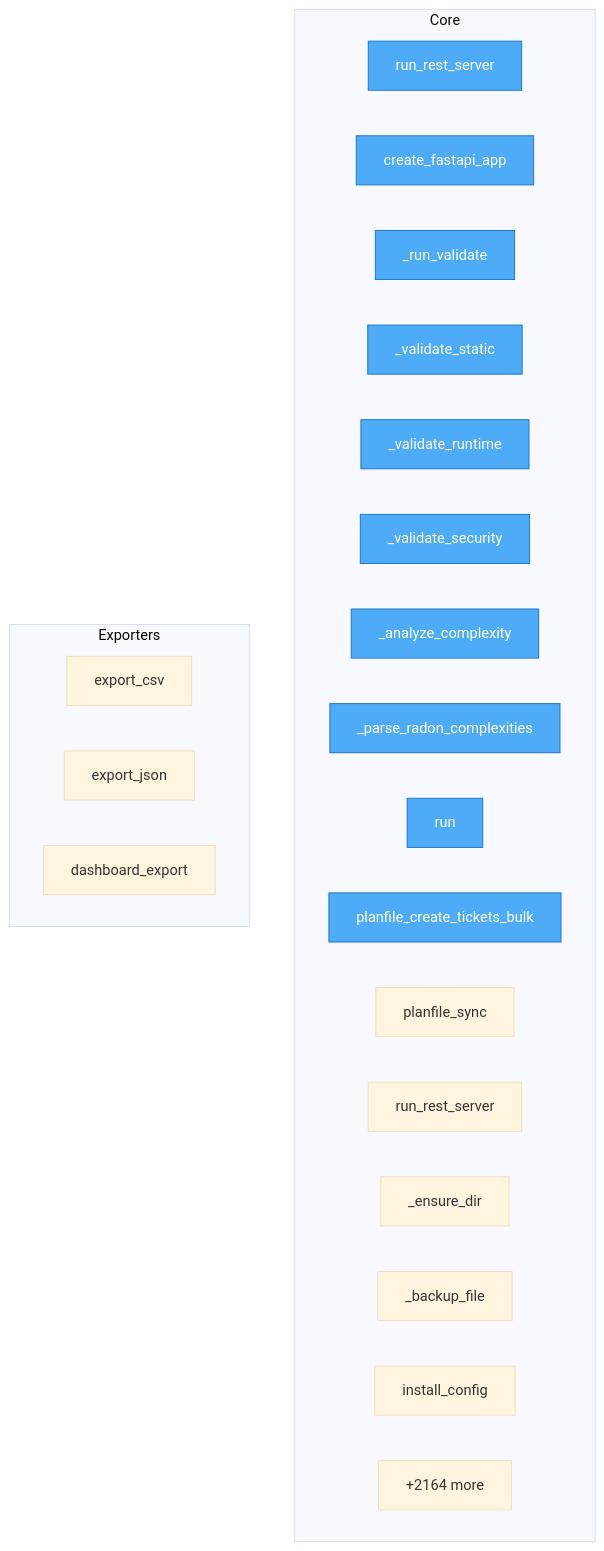
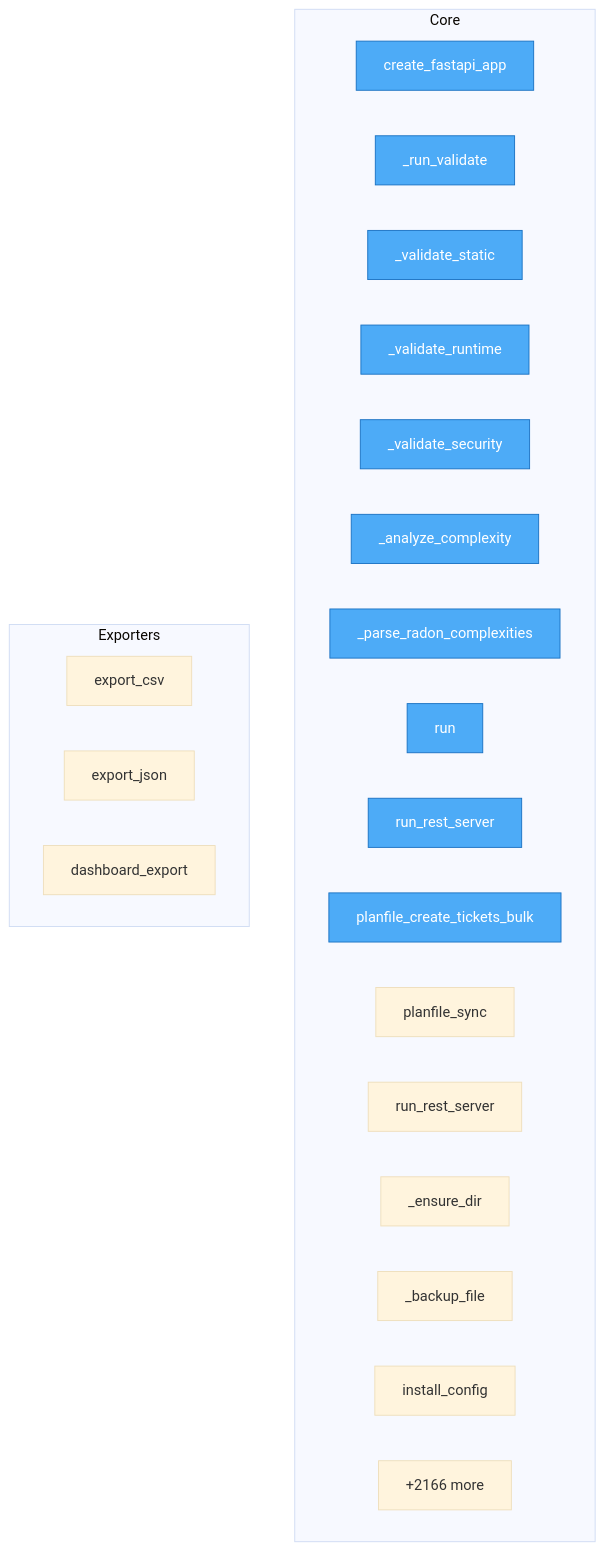
Before and after one commit to semcod/algitex: the diagram in project/flow.mmd, drawn with Mermaid (base theme). The commit also changed 73 other files, not shown here.

```diff
--- a/project/flow.mmd
+++ b/project/flow.mmd
@@ -1,31 +1,31 @@
 flowchart TD
 
     %% Entry points (blue)
     classDef entry fill:#4dabf7,stroke:#1971c2,color:#fff
 
     subgraph Core
-        N___algitex__backups__batch_20260328_142940__docker__aider_mcp__aider_mcp_server__run_rest_server["run_rest_server"]
         N___algitex__backups__batch_20260328_142940__docker__vallm__vallm_server__VallmServer__create_fastapi_app["create_fastapi_app"]
         N___algitex__backups__batch_20260328_142940__docker__vallm__vallm_server__VallmServer___run_validate["_run_validate"]
         N___algitex__backups__batch_20260328_142940__docker__vallm__vallm_server__VallmServer___validate_static["_validate_static"]
         N___algitex__backups__batch_20260328_142940__docker__vallm__vallm_server__VallmServer___validate_runtime["_validate_runtime"]
         N___algitex__backups__batch_20260328_142940__docker__vallm__vallm_server__VallmServer___validate_security["_validate_security"]
         N___algitex__backups__batch_20260328_142940__docker__vallm__vallm_server__VallmServer___analyze_complexity["_analyze_complexity"]
         N___algitex__backups__batch_20260328_142940__docker__vallm__vallm_server__VallmServer___parse_radon_complexities["_parse_radon_complexities"]
         N___algitex__backups__batch_20260328_142940__docker__vallm__vallm_server__VallmServer__run["run"]
+        N___algitex__backups__batch_20260328_142940__docker__aider_mcp__aider_mcp_server__run_rest_server["run_rest_server"]
         N___algitex__backups__batch_20260328_142940__docker__planfile_mcp__planfile_mcp_server__planfile_create_tickets_bulk["planfile_create_tickets_bulk"]
         N___algitex__backups__batch_20260328_142940__docker__planfile_mcp__planfile_mcp_server__planfile_sync["planfile_sync"]
         N___algitex__backups__batch_20260328_142940__docker__planfile_mcp__planfile_mcp_server__run_rest_server["run_rest_server"]
         N___algitex__backups__batch_20260328_142940__src__algitex__tools__config__ConfigManager___ensure_dir["_ensure_dir"]
         N___algitex__backups__batch_20260328_142940__src__algitex__tools__config__ConfigManager___backup_file["_backup_file"]
         N___algitex__backups__batch_20260328_142940__src__algitex__tools__config__ConfigManager__install_config["install_config"]
-        ...["+2164 more"]
+        ...["+2166 more"]
     end
 
     subgraph Exporters
         src__algitex__metrics__MetricsReporter__export_csv["export_csv"]
         src__algitex__benchmark__BenchmarkRunner__export_json["export_json"]
         src__algitex__cli__dashboard__dashboard_export["dashboard_export"]
     end
 
-    class N___algitex__backups__batch_20260328_142940__docker__aider_mcp__aider_mcp_server__run_rest_server,N___algitex__backups__batch_20260328_142940__docker__vallm__vallm_server__VallmServer__create_fastapi_app,N___algitex__backups__batch_20260328_142940__docker__vallm__vallm_server__VallmServer___run_validate,N___algitex__backups__batch_20260328_142940__docker__vallm__vallm_server__VallmServer___validate_static,N___algitex__backups__batch_20260328_142940__docker__vallm__vallm_server__VallmServer___validate_runtime,N___algitex__backups__batch_20260328_142940__docker__vallm__vallm_server__VallmServer___validate_security,N___algitex__backups__batch_20260328_142940__docker__vallm__vallm_server__VallmServer___analyze_complexity,N___algitex__backups__batch_20260328_142940__docker__vallm__vallm_server__VallmServer___parse_radon_complexities,N___algitex__backups__batch_20260328_142940__docker__vallm__vallm_server__VallmServer__run,N___algitex__backups__batch_20260328_142940__docker__planfile_mcp__planfile_mcp_server__planfile_create_tickets_bulk entry
+    class N___algitex__backups__batch_20260328_142940__docker__vallm__vallm_server__VallmServer__create_fastapi_app,N___algitex__backups__batch_20260328_142940__docker__vallm__vallm_server__VallmServer___run_validate,N___algitex__backups__batch_20260328_142940__docker__vallm__vallm_server__VallmServer___validate_static,N___algitex__backups__batch_20260328_142940__docker__vallm__vallm_server__VallmServer___validate_runtime,N___algitex__backups__batch_20260328_142940__docker__vallm__vallm_server__VallmServer___validate_security,N___algitex__backups__batch_20260328_142940__docker__vallm__vallm_server__VallmServer___analyze_complexity,N___algitex__backups__batch_20260328_142940__docker__vallm__vallm_server__VallmServer___parse_radon_complexities,N___algitex__backups__batch_20260328_142940__docker__vallm__vallm_server__VallmServer__run,N___algitex__backups__batch_20260328_142940__docker__aider_mcp__aider_mcp_server__run_rest_server,N___algitex__backups__batch_20260328_142940__docker__planfile_mcp__planfile_mcp_server__planfile_create_tickets_bulk entry
```
